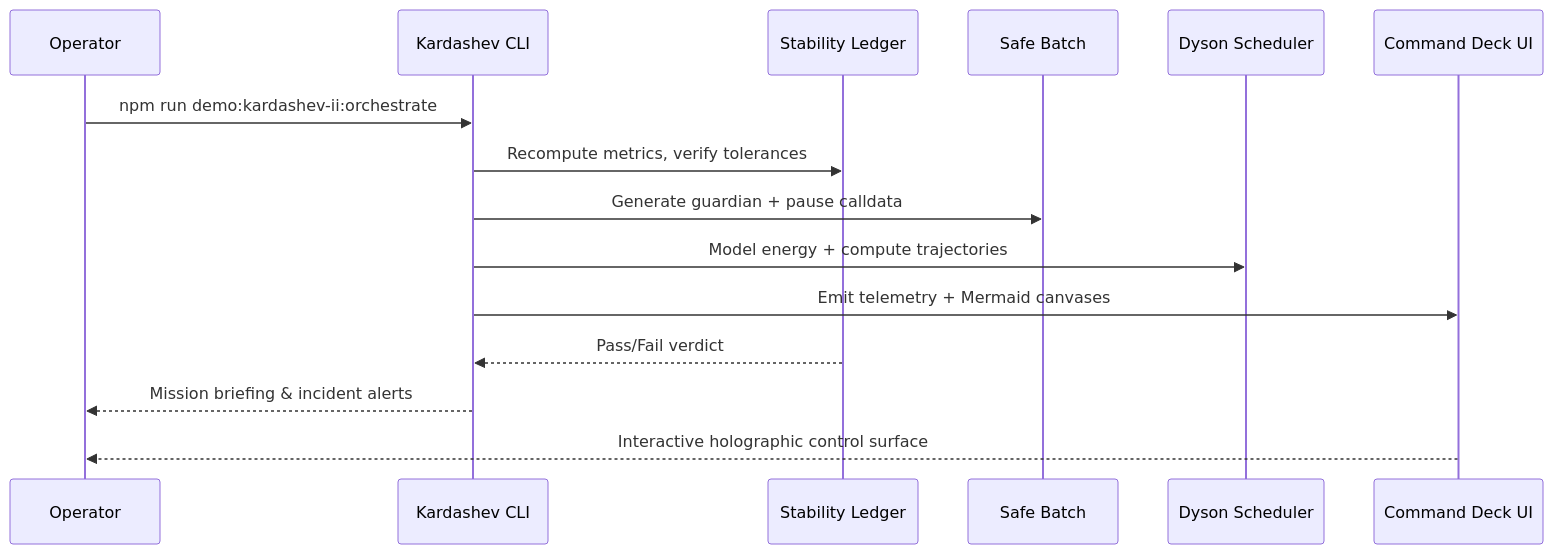
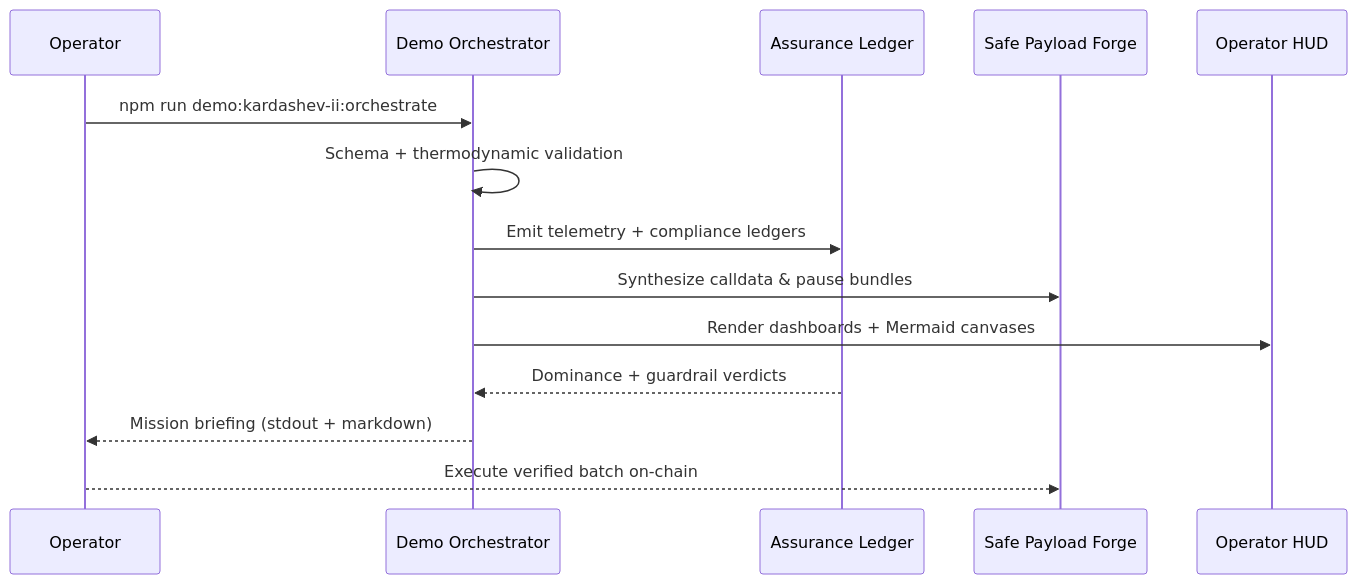
One commit to MontrealAI/AGIJobsv0 changed the third of 3 diagrams in docs/AGI-Operator-Quickstart.md. Above: the diagram before and after it, drawn with Mermaid. The commit also changed other lines of this file, not shown here.

Commit message:
docs: refresh agi operator quickstart

````diff
--- a/docs/AGI-Operator-Quickstart.md
+++ b/docs/AGI-Operator-Quickstart.md
@@ -137,17 +165,16 @@
 ```mermaid
 sequenceDiagram
-    participant Operator
-    participant CLI as Kardashev CLI
-    participant Ledger as Stability Ledger
-    participant Safe as Safe Batch
-    participant Dyson as Dyson Scheduler
-    participant UI as Command Deck UI
-    Operator->>CLI: npm run demo:kardashev-ii:orchestrate
-    CLI->>Ledger: Recompute metrics, verify tolerances
-    CLI->>Safe: Generate guardian + pause calldata
-    CLI->>Dyson: Model energy + compute trajectories
-    CLI->>UI: Emit telemetry + Mermaid canvases
-    Ledger-->>CLI: Pass/Fail verdict
-    CLI-->>Operator: Mission briefing & incident alerts
-    UI-->>Operator: Interactive holographic control surface
+  participant Operator
+  participant DemoCLI as Demo Orchestrator
+  participant Ledger as Assurance Ledger
+  participant Safe as Safe Payload Forge
+  participant HUD as Operator HUD
+  Operator->>DemoCLI: npm run demo:kardashev-ii:orchestrate
+  DemoCLI->>DemoCLI: Schema + thermodynamic validation
+  DemoCLI->>Ledger: Emit telemetry + compliance ledgers
+  DemoCLI->>Safe: Synthesize calldata & pause bundles
+  DemoCLI->>HUD: Render dashboards + Mermaid canvases
+  Ledger-->>DemoCLI: Dominance + guardrail verdicts
+  DemoCLI-->>Operator: Mission briefing (stdout + markdown)
+  Operator-->>Safe: Execute verified batch on-chain
 ```
````
